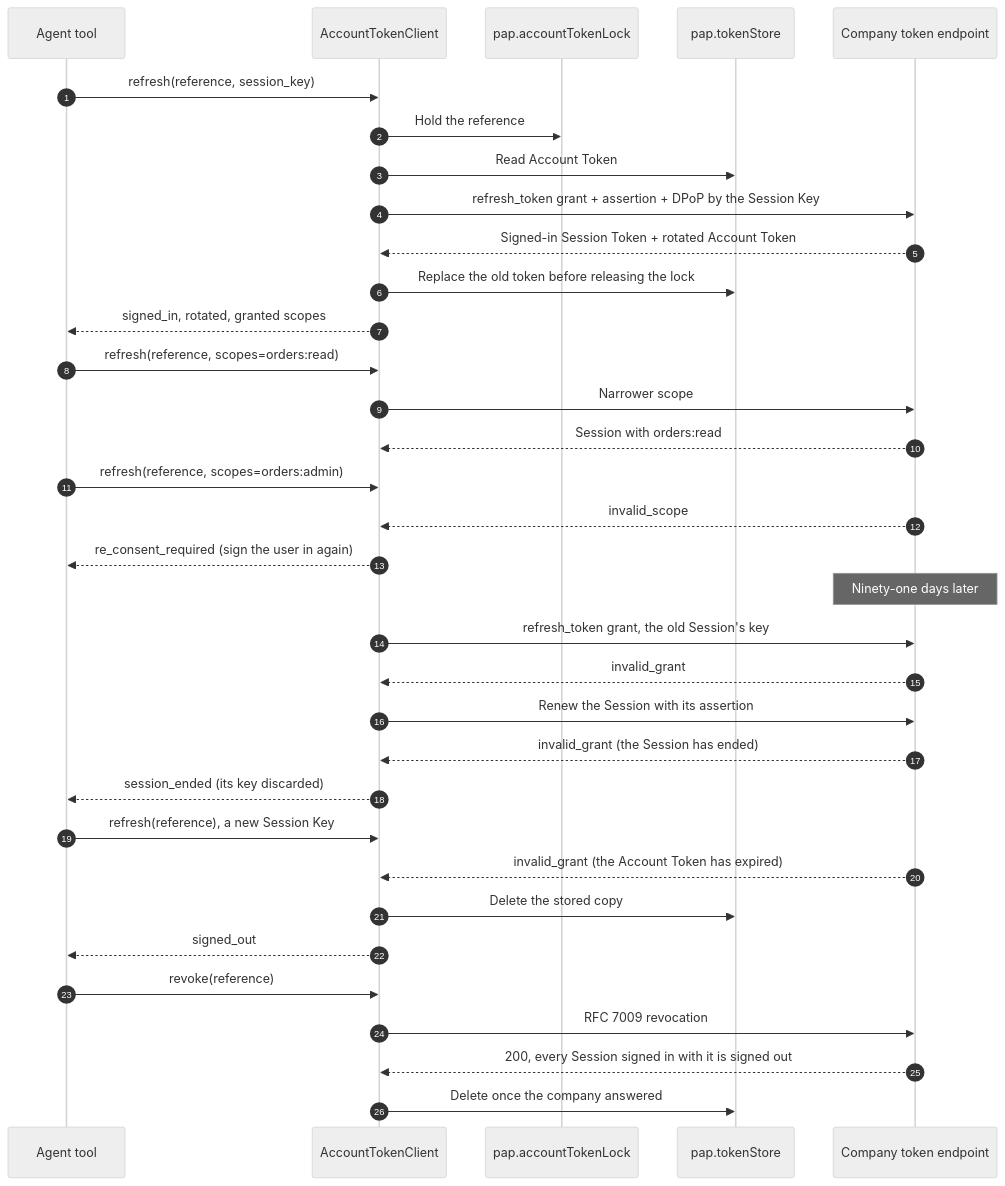
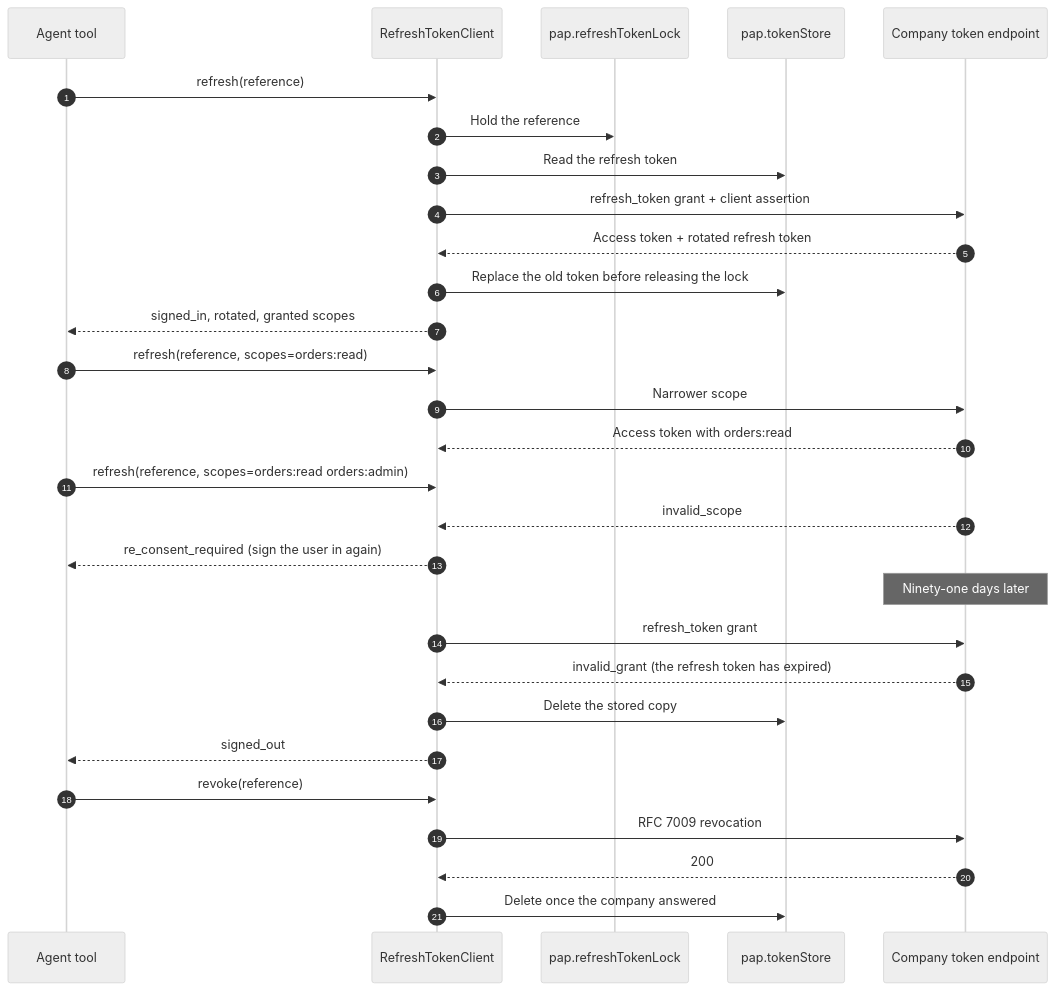
One commit to datalayer/personal-agent-protocol changed the diagram in docs/docs/examples/account-tokens.mdx. Above: the diagram before and after it, drawn with Mermaid (neutral theme). The commit also changed other lines of this file and 36 other files, not shown here.

Commit message:
Docs: the example pages and decks at draft 0.3, Sessions as a local sid, refresh tokens, the browser join by /authorize and Operations v2, with the session-jwt, session-transport and delegation decks renamed from their old names

````diff
--- a/docs/docs/examples/account-tokens.mdx
+++ b/docs/docs/examples/account-tokens.mdx
@@ -20,36 +21,31 @@
 ```mermaid
 sequenceDiagram
   autonumber
   participant Tool as Agent tool
-  participant SDK as AccountTokenClient
-  participant Lock as pap.accountTokenLock
+  participant SDK as RefreshTokenClient
+  participant Lock as pap.refreshTokenLock
   participant Vault as pap.tokenStore
   participant Company as Company token endpoint
-  Tool->>SDK: refresh(reference, session_key)
+  Tool->>SDK: refresh(reference)
   SDK->>Lock: Hold the reference
-  SDK->>Vault: Read Account Token
-  SDK->>Company: refresh_token grant + assertion + DPoP by the Session Key
-  Company-->>SDK: Signed-in Session Token + rotated Account Token
+  SDK->>Vault: Read the refresh token
+  SDK->>Company: refresh_token grant + client assertion
+  Company-->>SDK: Access token + rotated refresh token
   SDK->>Vault: Replace the old token before releasing the lock
   SDK-->>Tool: signed_in, rotated, granted scopes
   Tool->>SDK: refresh(reference, scopes=orders:read)
   SDK->>Company: Narrower scope
-  Company-->>SDK: Session with orders:read
-  Tool->>SDK: refresh(reference, scopes=orders:admin)
+  Company-->>SDK: Access token with orders:read
+  Tool->>SDK: refresh(reference, scopes=orders:read orders:admin)
   Company-->>SDK: invalid_scope
   SDK-->>Tool: re_consent_required (sign the user in again)
   Note over Company: Ninety-one days later
-  SDK->>Company: refresh_token grant, the old Session's key
-  Company-->>SDK: invalid_grant
-  SDK->>Company: Renew the Session with its assertion
-  Company-->>SDK: invalid_grant (the Session has ended)
-  SDK-->>Tool: session_ended (its key discarded)
-  Tool->>SDK: refresh(reference), a new Session Key
-  Company-->>SDK: invalid_grant (the Account Token has expired)
+  SDK->>Company: refresh_token grant
+  Company-->>SDK: invalid_grant (the refresh token has expired)
   SDK->>Vault: Delete the stored copy
   SDK-->>Tool: signed_out
   Tool->>SDK: revoke(reference)
   SDK->>Company: RFC 7009 revocation
-  Company-->>SDK: 200, every Session signed in with it is signed out
+  Company-->>SDK: 200
   SDK->>Vault: Delete once the company answered
 ```
````
